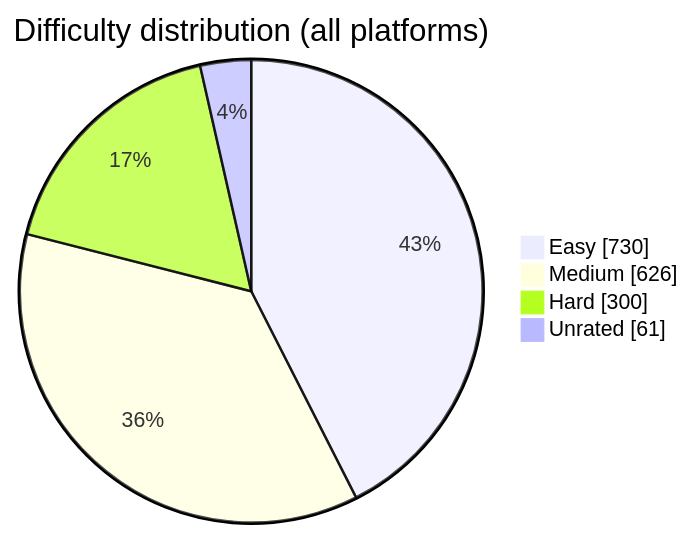
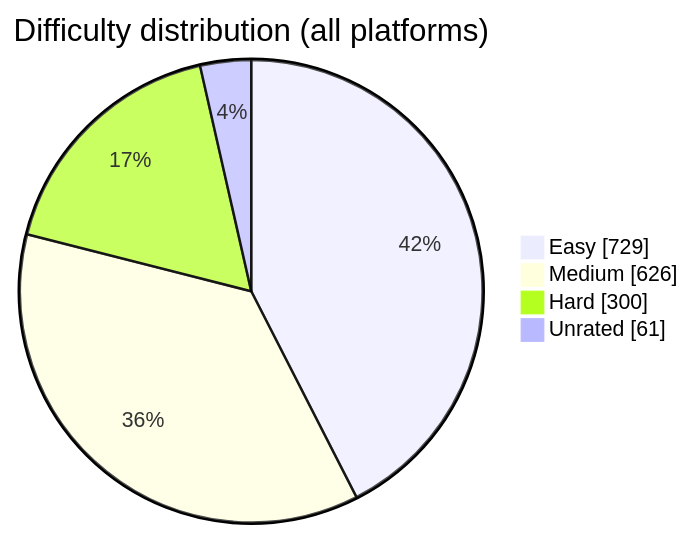
The diagram in README.md (BuildbyArindam/Daily-Coding-Log), drawn with Mermaid before and after one commit. The commit also changed other lines of this file, not shown here.

````diff
--- a/README.md
+++ b/README.md
@@ -93,7 +93,7 @@
 ```mermaid
 pie showData title Difficulty distribution (all platforms)
-    "Easy" : 730
+    "Easy" : 729
     "Medium" : 626
     "Hard" : 300
     "Unrated" : 61
 ```
````
